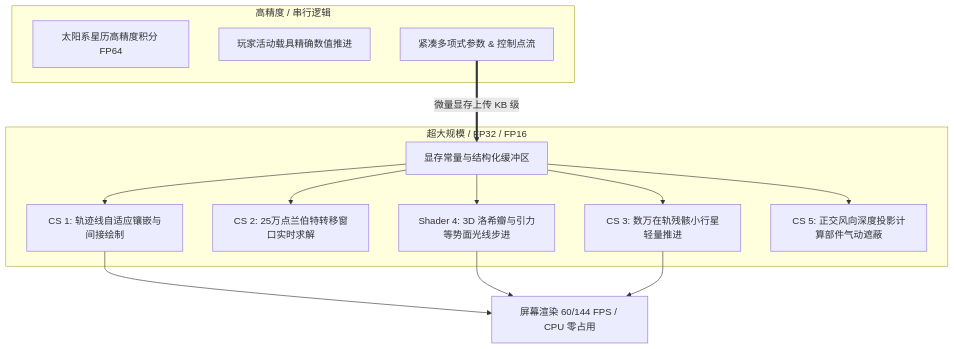
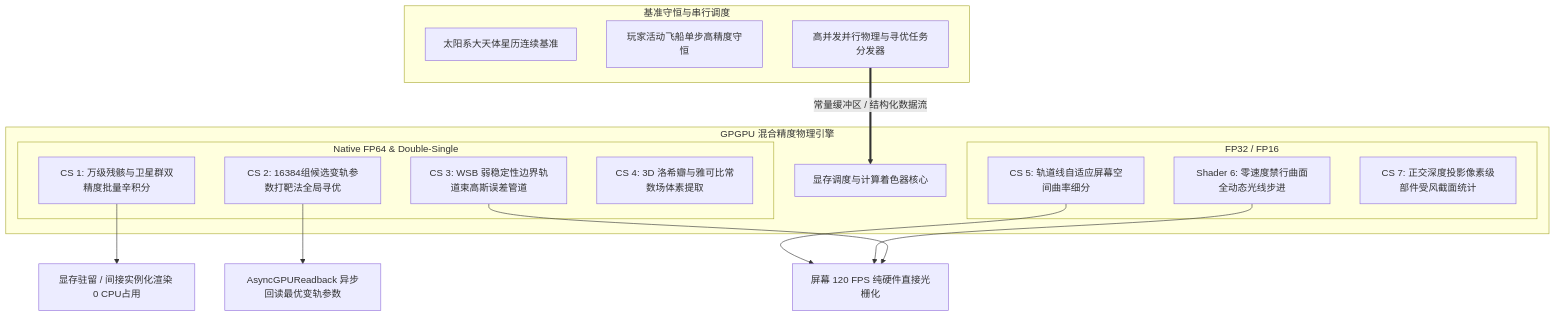
The first of 3 diagrams in documentation/Principia_GPU_Acceleration_Architecture.md (DiaoDaiaChan/Principia), drawn with Mermaid before and after one commit. The commit also changed other lines of this file, not shown here.

Commit message:
docs(gpgpu): specify triple-precision strategy and FP64 orbital compute architecture

````diff
--- a/documentation/Principia_GPU_Acceleration_Architecture.md
+++ b/documentation/Principia_GPU_Acceleration_Architecture.md
@@ -13,23 +20,33 @@
 ```mermaid
 flowchart TD
-    subgraph CPU 主机端 [高精度 / 串行逻辑]
-        Ephemeris[太阳系星历高精度积分 FP64]
-        ActiveVessel[玩家活动载具精确数值推进]
-        StateParam[紧凑多项式参数 & 控制点流]
+    subgraph CPU 主机端 [基准守恒与串行调度]
+        Ephemeris[太阳系大天体星历连续基准]
+        ActiveVessel[玩家活动飞船单步高精度守恒]
+        TaskDispatcher[高并发并行物理与寻优任务分发器]
     end
 
-    StateParam ==>|微量显存上传 KB 级| GPU_Hub
+    TaskDispatcher ==>|常量缓冲区 / 结构化数据流| GPU_Dispatcher
 
-    subgraph GPU 异构端 [超大规模 / FP32 / FP16]
-        GPU_Hub[显存常量与结构化缓冲区]
-        GPU_Hub --> CS_Plot[CS 1: 轨迹线自适应镶嵌与间接绘制]
-        GPU_Hub --> CS_Porkchop[CS 2: 25万点兰伯特转移窗口实时求解]
-        GPU_Hub --> CS_Swarm[CS 3: 数万在轨残骸小行星轻量推进]
-        GPU_Hub --> Shader_Raymarch[Shader 4: 3D 洛希瓣与引力等势面光线步进]
-        GPU_Hub --> CS_Aero[CS 5: 正交风向深度投影计算部件气动遮蔽]
+    subgraph GPU 异构算力中心 [GPGPU 混合精度物理引擎]
+        GPU_Dispatcher[显存调度与计算着色器核心]
+        
+        subgraph 双精度物理计算矩阵 [Native FP64 & Double-Single]
+            CS_BatchOrbit[CS 1: 万级残骸与卫星群双精度批量辛积分]
+            CS_Shooting[CS 2: 16384组候选变轨参数打靶法全局寻优]
+            CS_MonteCarlo[CS 3: WSB 弱稳定性边界轨道束高斯误差管道]
+            CS_Jacobi[CS 4: 3D 洛希瓣与雅可比常数场体素提取]
+        end
+        
+        subgraph 高通量几何与视口呈现 [FP32 / FP16]
+            CS_Plot[CS 5: 轨道线自适应屏幕空间曲率细分]
+            Shader_Raymarch[Shader 6: 零速度禁行曲面全动态光线步进]
+            CS_Aero[CS 7: 正交深度投影像素级部件受风截面统计]
+        end
     end
 
-    CS_Plot --> Framebuffer[屏幕渲染 60/144 FPS / CPU 零占用]
+    CS_BatchOrbit --> Out_Swarm[显存驻留 / 间接实例化渲染 0 CPU占用]
+    CS_Shooting --> Out_Opt[AsyncGPUReadback 异步回读最优变轨参数]
+    CS_Plot --> Framebuffer[屏幕 120 FPS 纯硬件直接光栅化]
     Shader_Raymarch --> Framebuffer
-    CS_Swarm --> Framebuffer
+    CS_MonteCarlo --> Framebuffer
 ```
````
